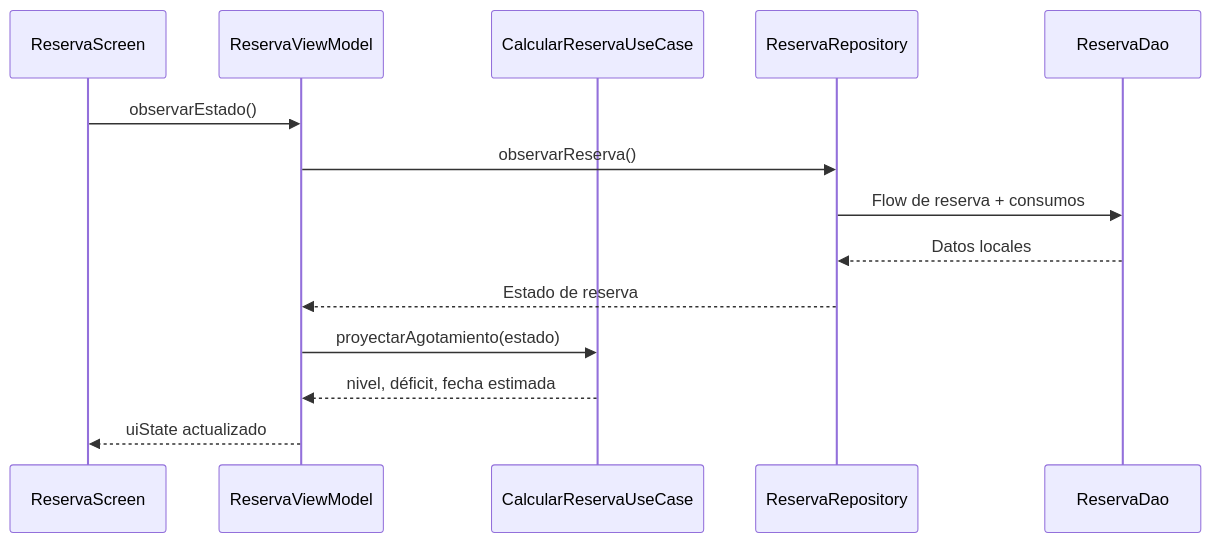
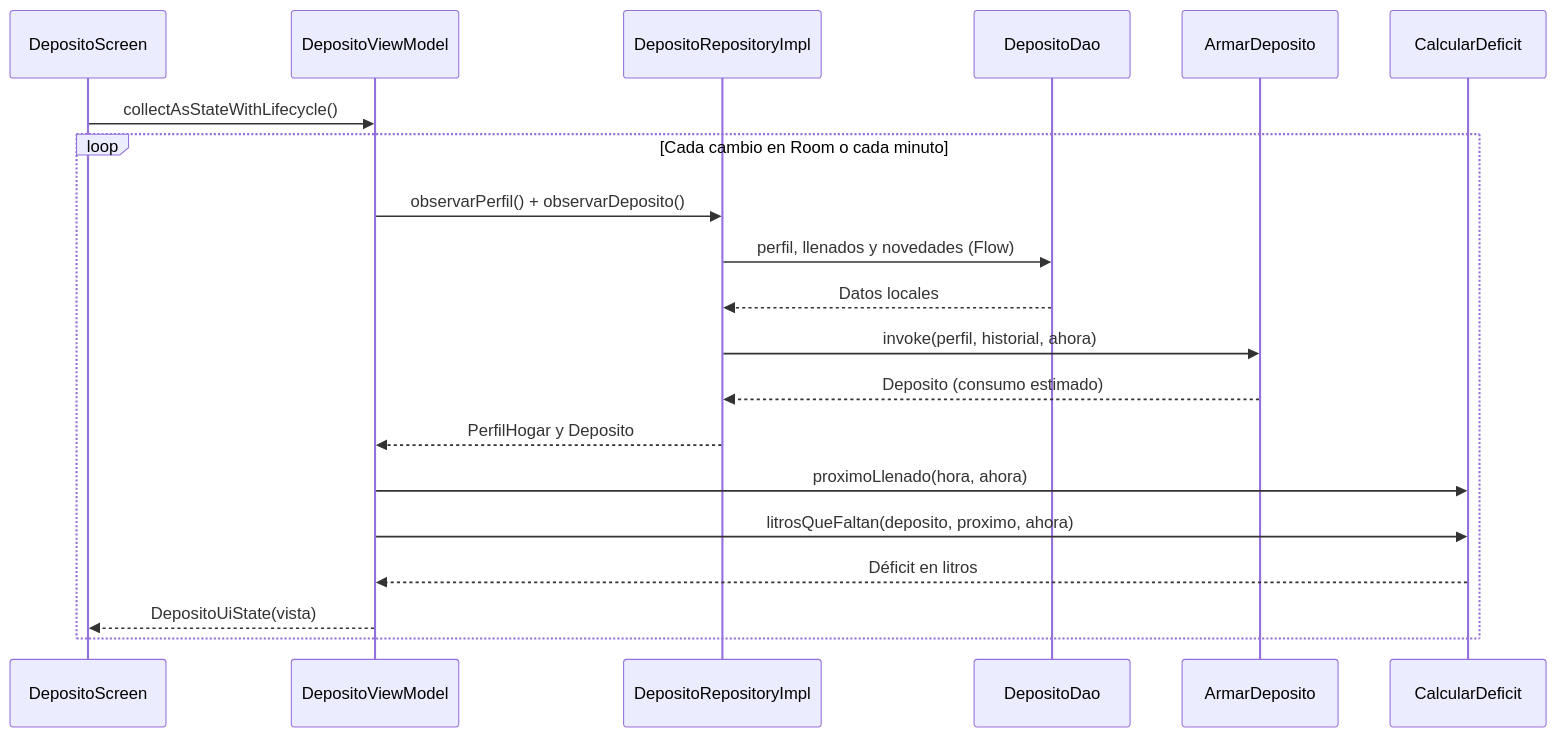
One commit to IkerASierraR/AguardApp changed the eighth of 18 diagrams in informes/FD04-SAD.md. Above: the diagram before and after it, drawn with Mermaid. The commit also changed other lines of this file and 2 other files, not shown here.

````diff
--- a/informes/FD04-SAD.md
+++ b/informes/FD04-SAD.md
@@ -302,16 +277,22 @@
 ```mermaid
 sequenceDiagram
-    participant S as ReservaScreen
-    participant VM as ReservaViewModel
-    participant UC as CalcularReservaUseCase
-    participant R as ReservaRepository
-    participant DAO as ReservaDao
-    S->>VM: observarEstado()
-    VM->>R: observarReserva()
-    R->>DAO: Flow de reserva + consumos
-    DAO-->>R: Datos locales
-    R-->>VM: Estado de reserva
-    VM->>UC: proyectarAgotamiento(estado)
-    UC-->>VM: nivel, déficit, fecha estimada
-    VM-->>S: uiState actualizado
+    participant S as DepositoScreen
+    participant VM as DepositoViewModel
+    participant R as DepositoRepositoryImpl
+    participant DAO as DepositoDao
+    participant AD as ArmarDeposito
+    participant CD as CalcularDeficit
+    S->>VM: collectAsStateWithLifecycle()
+    loop Cada cambio en Room o cada minuto
+        VM->>R: observarPerfil() + observarDeposito()
+        R->>DAO: perfil, llenados y novedades (Flow)
+        DAO-->>R: Datos locales
+        R->>AD: invoke(perfil, historial, ahora)
+        AD-->>R: Deposito (consumo estimado)
+        R-->>VM: PerfilHogar y Deposito
+        VM->>CD: proximoLlenado(hora, ahora)
+        VM->>CD: litrosQueFaltan(deposito, proximo, ahora)
+        CD-->>VM: Déficit en litros
+        VM-->>S: DepositoUiState(vista)
+    end
 ```
````
